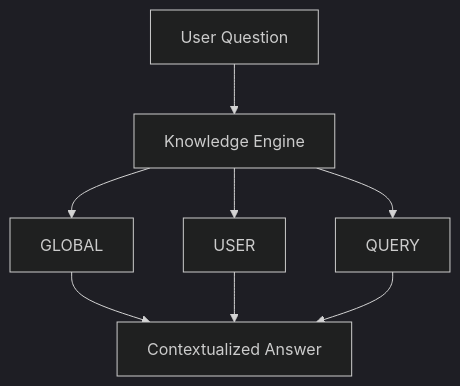
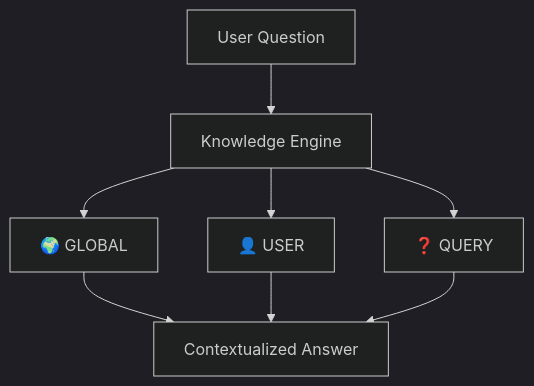
Before and after one commit to ashishsuperatom/tech-docs: the second of 4 diagrams in introduction/core-concepts.mdx, drawn with Mermaid (dark theme). The commit also changed 3 other files, not shown here.

First line of the commit message:
Restore emojis inside mermaid diagram node labels

````diff
--- a/introduction/core-concepts.mdx
+++ b/introduction/core-concepts.mdx
@@ -64,7 +64,7 @@
 ```mermaid
 flowchart TD
     QUESTION["User Question"] --> ENGINE["Knowledge Engine"]
-    ENGINE --> G["GLOBAL"] & U["USER"] & Q["QUERY"]
+    ENGINE --> G["🌍 GLOBAL"] & U["👤 USER"] & Q["❓ QUERY"]
     G & U & Q --> ANSWER["Contextualized Answer"]
 
 ```
````
